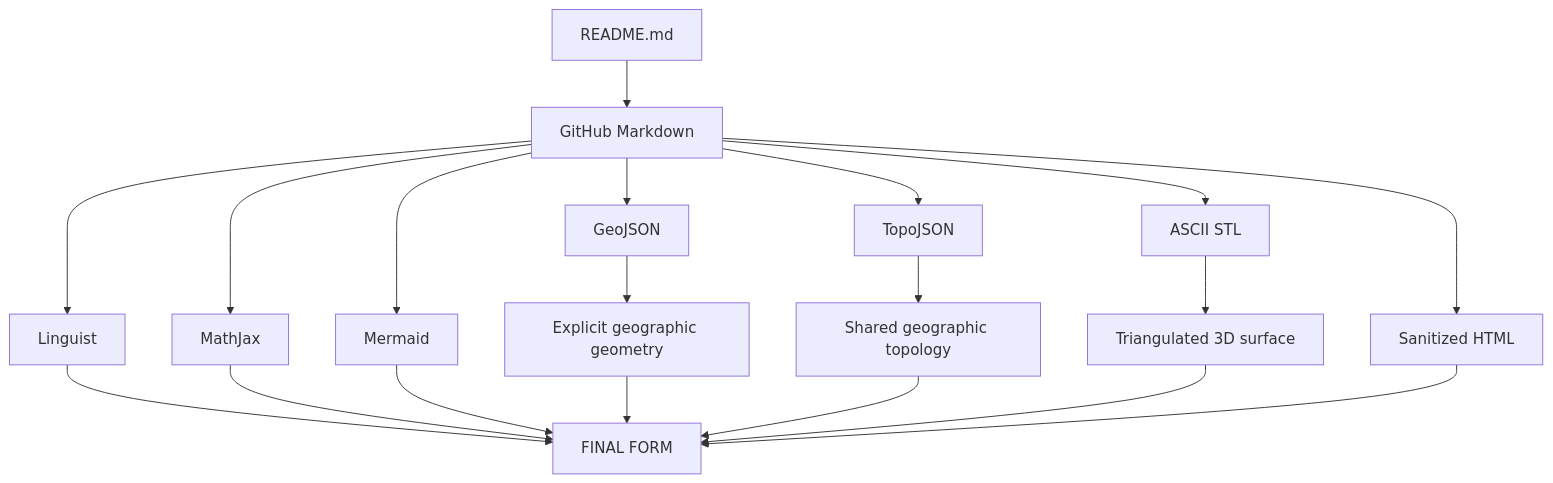
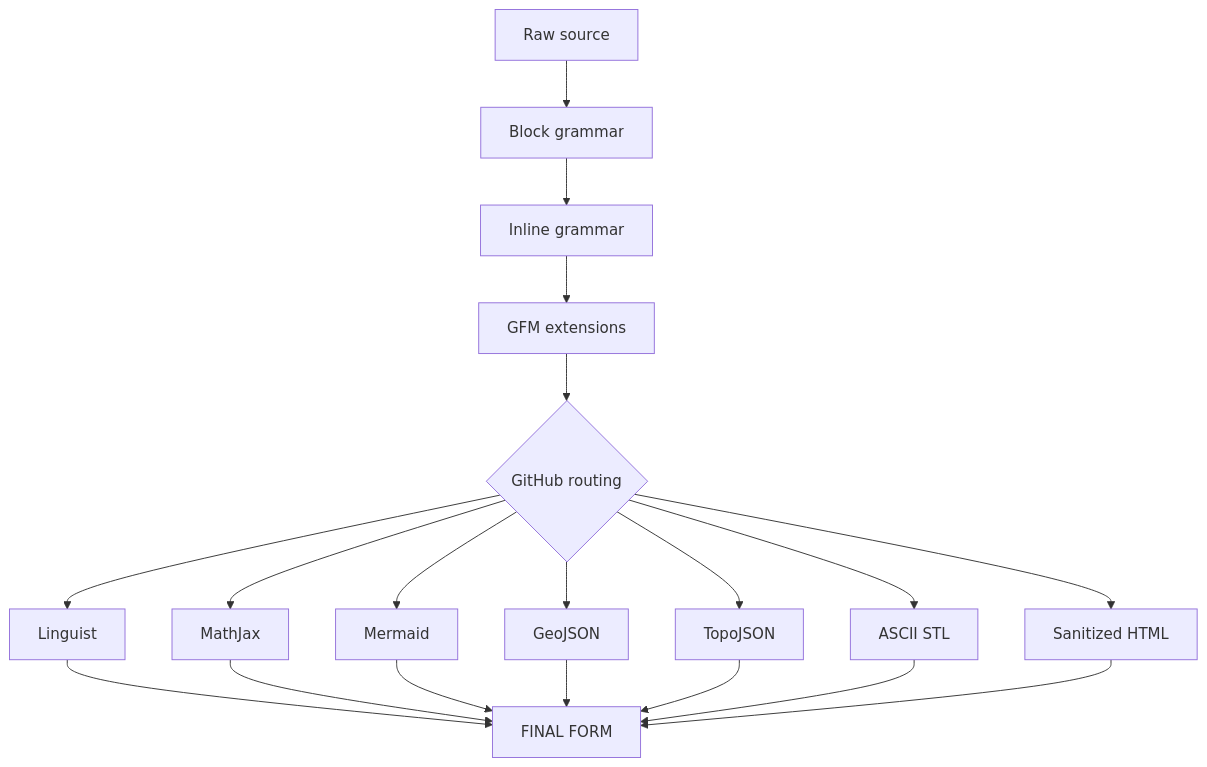
One commit to thiepn/markdown changed the fourth of 4 diagrams in README.md. Above: the diagram before and after it, drawn with Mermaid. The commit also changed other lines of this file, not shown here.

````diff
--- a/README.md
+++ b/README.md
@@ -1852,23 +1384,23 @@
 ```mermaid
 flowchart TB
-    README[README.md] --> GH[GitHub Markdown]
-    GH --> CODE[Linguist]
-    GH --> MATH[MathJax]
-    GH --> DIAGRAM[Mermaid]
-    GH --> GEO[GeoJSON]
-    GH --> TOPO[TopoJSON]
-    GH --> MESH[ASCII STL]
-    GH --> HTML[Sanitized HTML]
+    SRC[Raw source] --> BLOCK[Block grammar]
+    BLOCK --> INLINE[Inline grammar]
+    INLINE --> GFM[GFM extensions]
+    GFM --> ROUTE{GitHub routing}
 
-    GEO --> COORD[Explicit geographic geometry]
-    TOPO --> ARC[Shared geographic topology]
-    MESH --> TRI[Triangulated 3D surface]
+    ROUTE --> CODE[Linguist]
+    ROUTE --> MATH[MathJax]
+    ROUTE --> DIAGRAM[Mermaid]
+    ROUTE --> GEO[GeoJSON]
+    ROUTE --> TOPO[TopoJSON]
+    ROUTE --> MESH[ASCII STL]
+    ROUTE --> HTML[Sanitized HTML]
 
     CODE --> FINAL[FINAL FORM]
     MATH --> FINAL
     DIAGRAM --> FINAL
-    COORD --> FINAL
-    ARC --> FINAL
-    TRI --> FINAL
+    GEO --> FINAL
+    TOPO --> FINAL
+    MESH --> FINAL
     HTML --> FINAL
 ```
````
